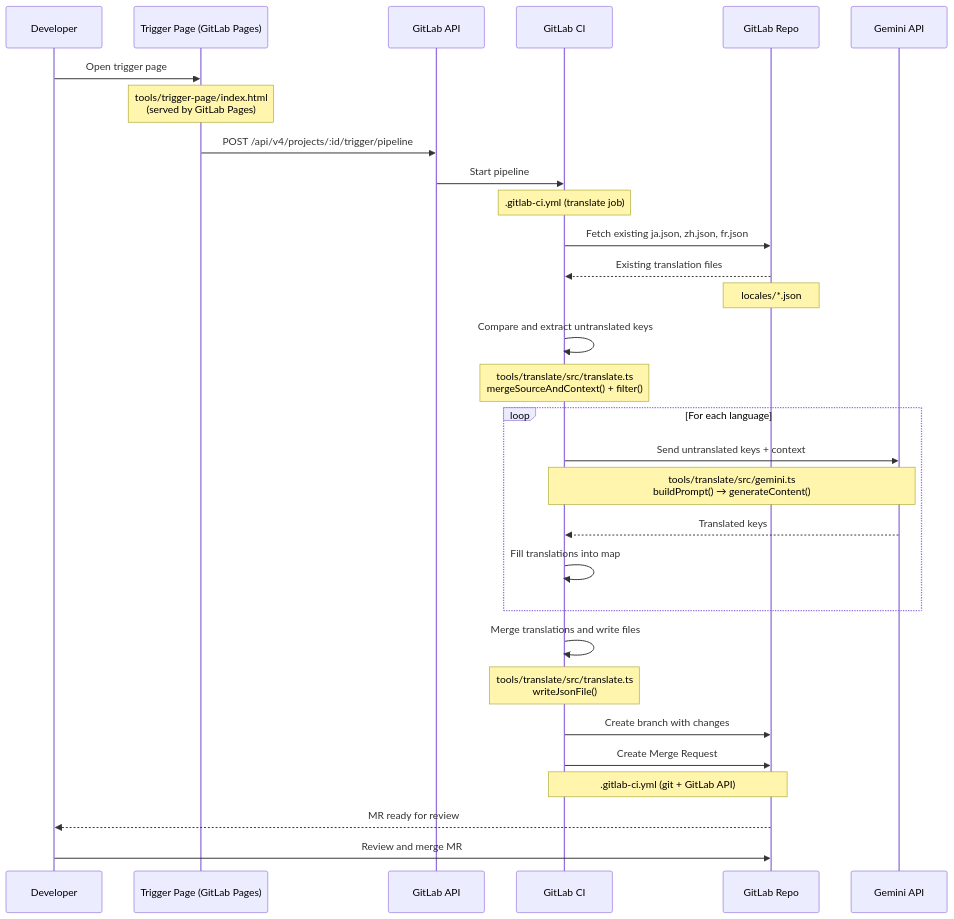
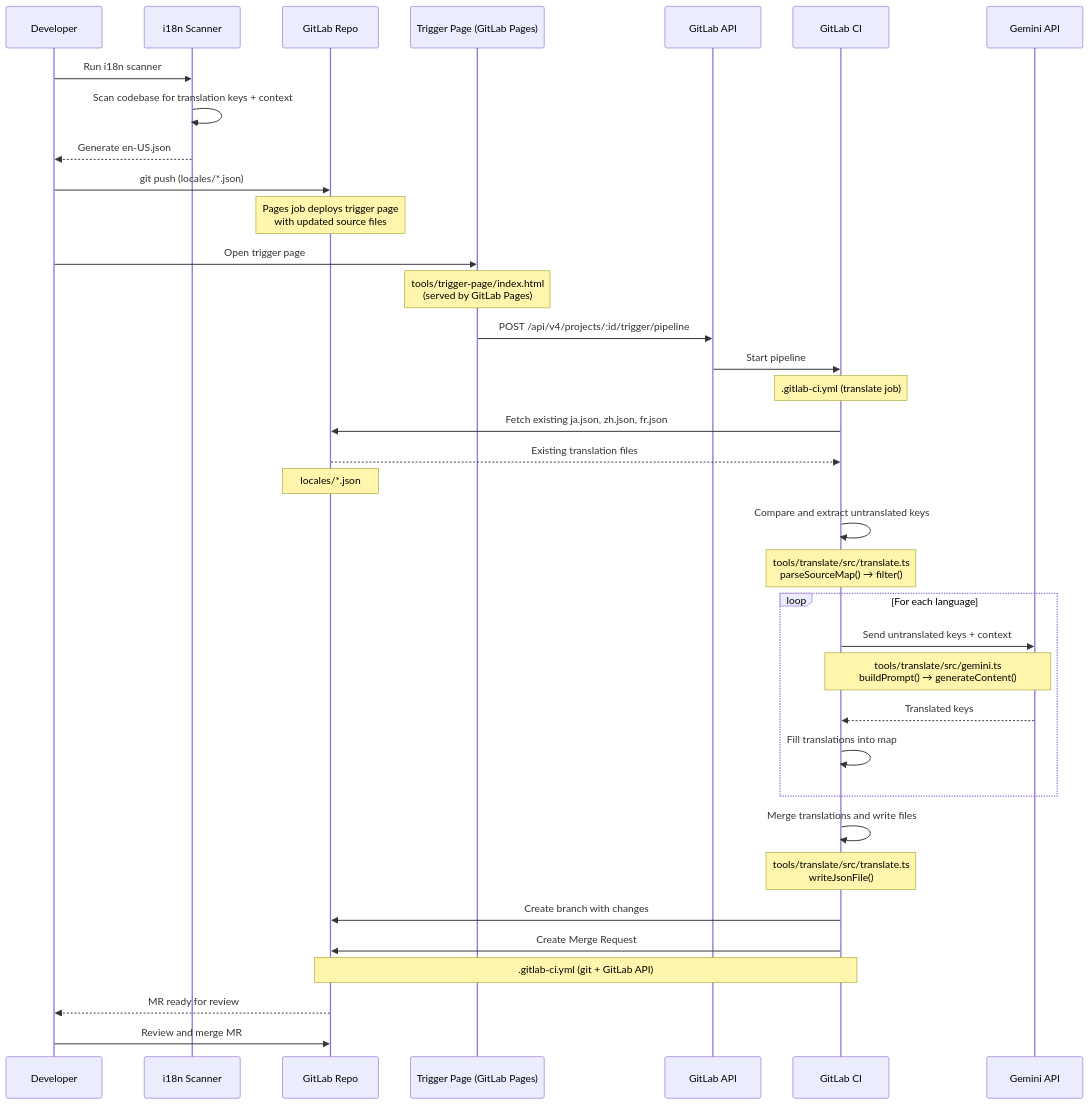
One commit to jadecubes/free-translation-platform-buildup changed the third of 3 diagrams in README.md. Above: the diagram before and after it, drawn with Mermaid. The commit also changed other lines of this file and 18 other files, not shown here.

````diff
--- a/README.md
+++ b/README.md
@@ -387,39 +474,46 @@
 ```mermaid
 sequenceDiagram
     participant Dev as Developer
+    participant Scanner as i18n Scanner
+    participant Repo as GitLab Repo
     participant Page as Trigger Page (GitLab Pages)
     participant API as GitLab API
     participant CI as GitLab CI
-    participant Repo as GitLab Repo
     participant LLM as Gemini API
+
+    Dev->>Scanner: Run i18n scanner
+    Scanner->>Scanner: Scan codebase for translation keys + context
+    Scanner-->>Dev: Generate en-US.json
+    Dev->>Repo: git push (locales/*.json)
+    Note over Repo: Pages job deploys trigger page<br/>with updated source files
 
     Dev->>Page: Open trigger page
     Note over Page: tools/trigger-page/index.html<br/>(served by GitLab Pages)
     Page->>API: POST /api/v4/projects/:id/trigger/pipeline
     API->>CI: Start pipeline
     Note over CI: .gitlab-ci.yml (translate job)
 
     CI->>Repo: Fetch existing ja.json, zh.json, fr.json
     Repo-->>CI: Existing translation files
     Note over Repo: locales/*.json
 
     CI->>CI: Compare and extract untranslated keys
-    Note over CI: tools/translate/src/translate.ts<br/>mergeSourceAndContext() + filter()
+    Note over CI: tools/translate/src/translate.ts<br/>parseSourceMap() → filter()
 
     loop For each language
         CI->>LLM: Send untranslated keys + context
         Note over CI,LLM: tools/translate/src/gemini.ts<br/>buildPrompt() → generateContent()
         LLM-->>CI: Translated keys
         CI->>CI: Fill translations into map
     end
 
     CI->>CI: Merge translations and write files
     Note over CI: tools/translate/src/translate.ts<br/>writeJsonFile()
 
     CI->>Repo: Create branch with changes
     CI->>Repo: Create Merge Request
     Note over CI,Repo: .gitlab-ci.yml (git + GitLab API)
 
     Repo-->>Dev: MR ready for review
     Dev->>Repo: Review and merge MR
 ```
````
